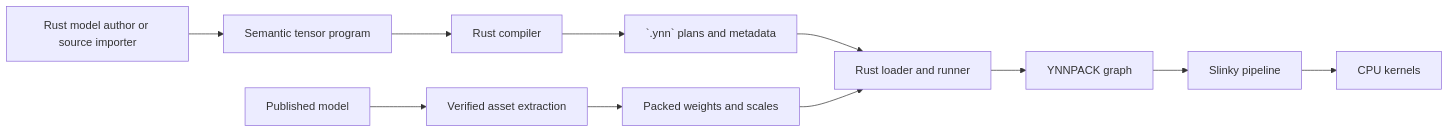
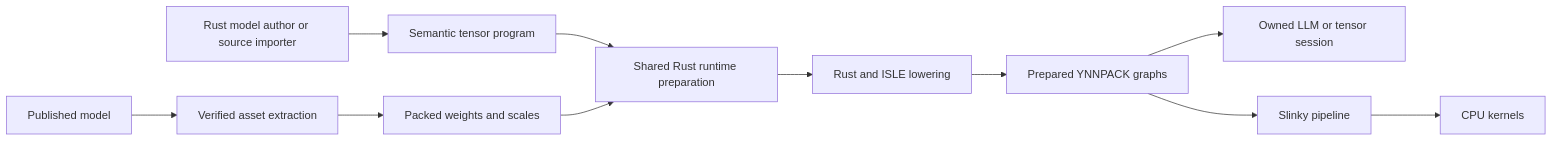
One commit to snnn/ynnpack-model-lab changed the diagram in README.md. Above: the diagram before and after it, drawn with Mermaid. The commit also changed other lines of this file and 604 other files, not shown here.

Commit message:
Use semantic packages and shared runtime preparation

````diff
--- a/README.md
+++ b/README.md
@@ -159,13 +154,13 @@
 ```mermaid
 flowchart LR
   W[Published model] --> E[Verified asset extraction]
   E --> A[Packed weights and scales]
   P[Rust model author or source importer] --> T[Semantic tensor program]
-  T --> B[Rust compiler]
-  B --> C[`.ynn` plans and metadata]
-  C --> R[Rust loader and runner]
+  T --> R[Shared Rust runtime preparation]
   A --> R
-  R --> Y[YNNPACK graph]
+  R --> B[Rust and ISLE lowering]
+  B --> Y[Prepared YNNPACK graphs]
+  Y --> Q[Owned LLM or tensor session]
   Y --> S[Slinky pipeline]
   S --> K[CPU kernels]
 ```
````
